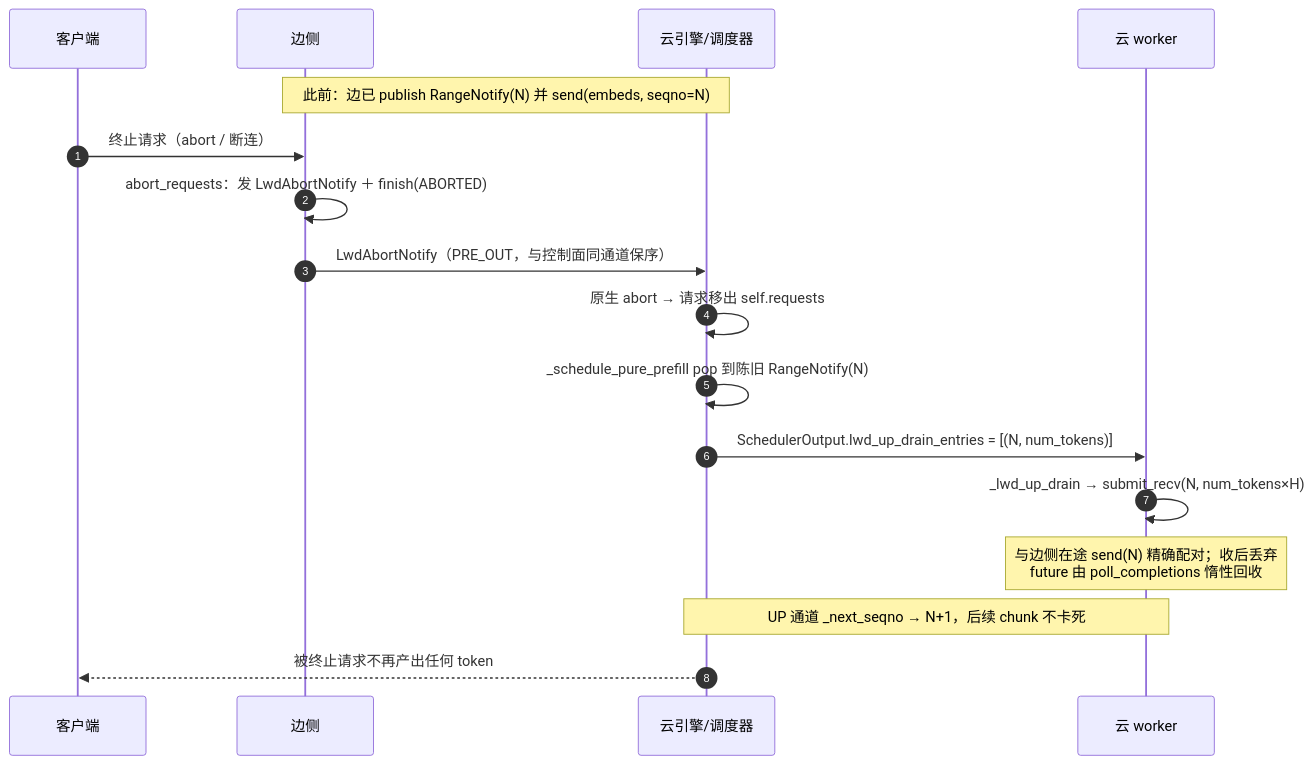
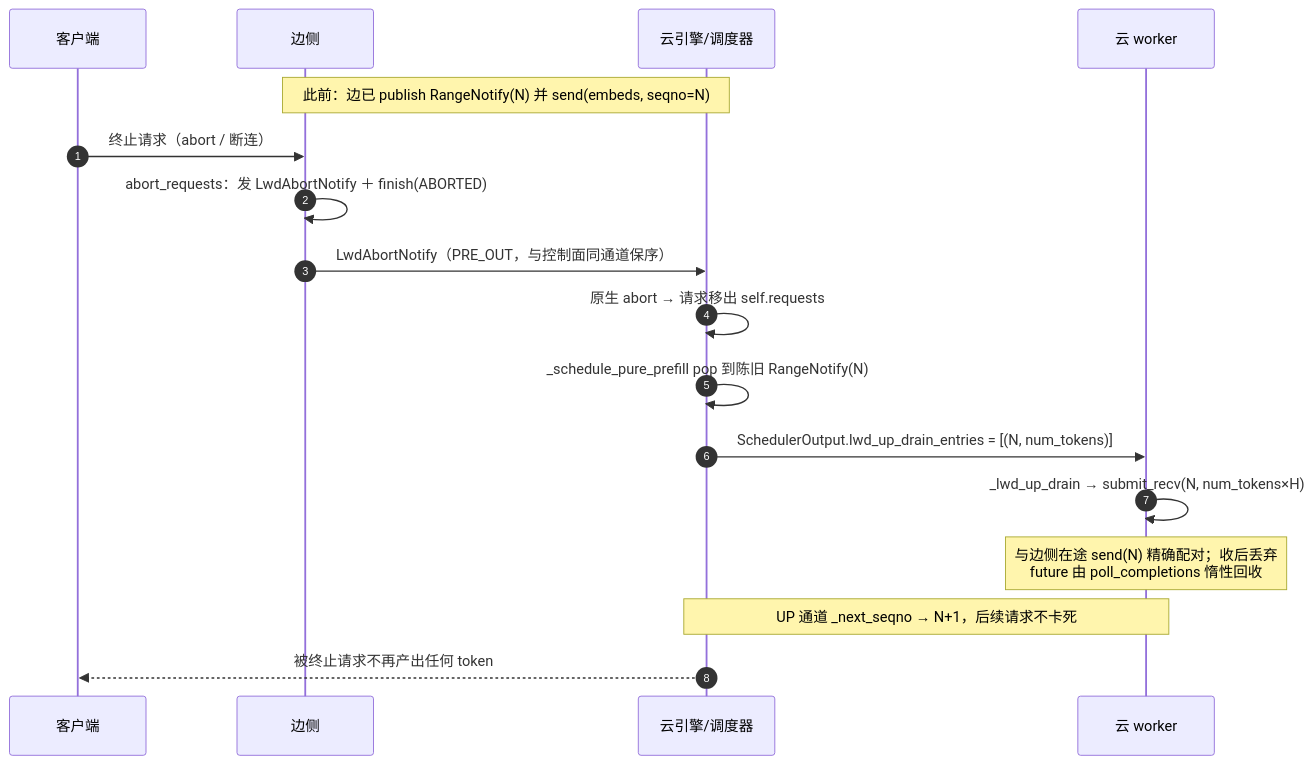
Before and after one commit to fei-cn-xie/assets: the third of 4 diagrams in vllm/请求abort-流程图.md, drawn with Mermaid. The commit also changed other lines of this file and 3 other files, not shown here.

````diff
--- a/vllm/请求abort-流程图.md
+++ b/vllm/请求abort-流程图.md
@@ -130,20 +132,20 @@
 ```mermaid
 sequenceDiagram
     autonumber
     participant U as 客户端
     participant E as 边侧
     participant C as 云引擎/调度器
     participant W as 云 worker
 
     Note over E,C: 此前：边已 publish RangeNotify(N) 并 send(embeds, seqno=N)
     U->>E: 终止请求（abort / 断连）
     E->>E: abort_requests：发 LwdAbortNotify ＋ finish(ABORTED)
     E->>C: LwdAbortNotify（PRE_OUT，与控制面同通道保序）
     C->>C: 原生 abort → 请求移出 self.requests
     C->>C: _schedule_pure_prefill pop 到陈旧 RangeNotify(N)
     C->>W: SchedulerOutput.lwd_up_drain_entries = [(N, num_tokens)]
     W->>W: _lwd_up_drain → submit_recv(N, num_tokens×H)
     Note over W: 与边侧在途 send(N) 精确配对；收后丢弃<br/>future 由 poll_completions 惰性回收
-    Note over C,W: UP 通道 _next_seqno → N+1，后续 chunk 不卡死
+    Note over C,W: UP 通道 _next_seqno → N+1，后续请求不卡死
     C-->>U: 被终止请求不再产出任何 token
 ```
````
